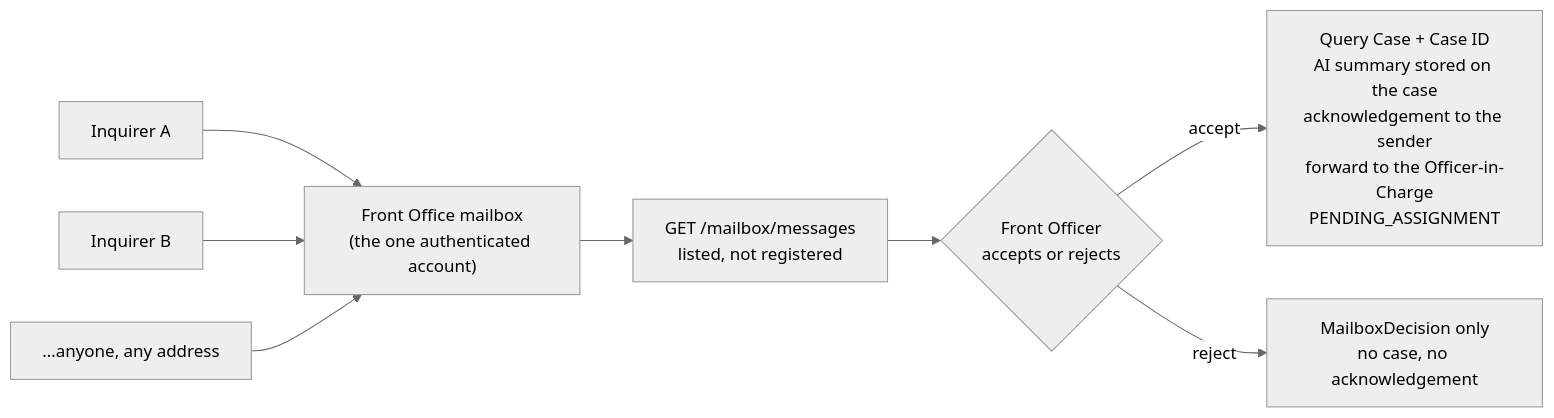
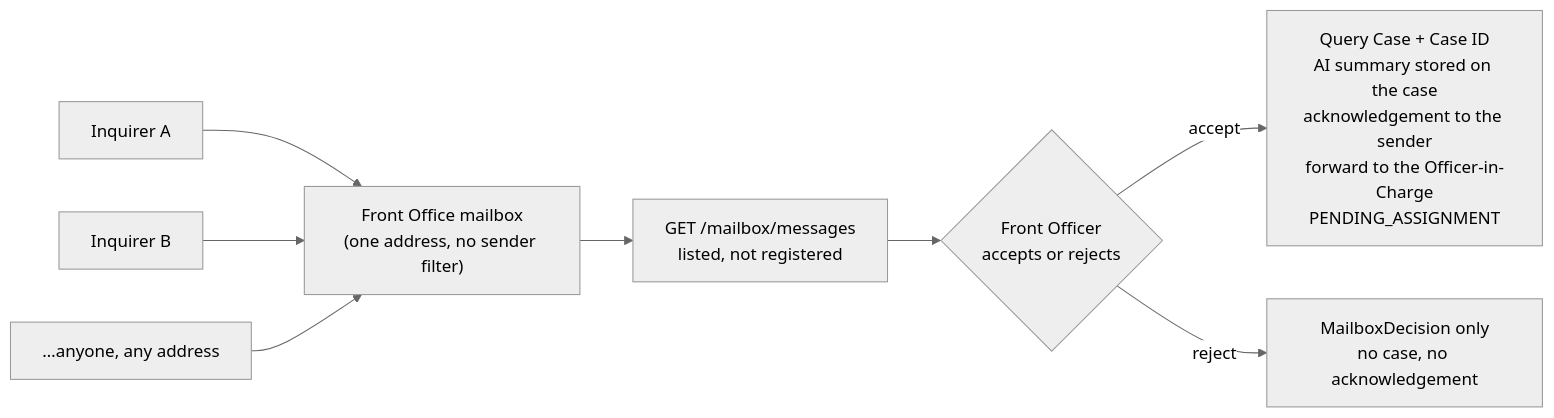
Before and after one commit to Abhinash04/ipc-qms: the second of 2 diagrams in docs/architecture/system-architecture.md, drawn with Mermaid (neutral theme). The commit also changed other lines of this file and 23 other files, not shown here.

````diff
--- a/docs/architecture/system-architecture.md
+++ b/docs/architecture/system-architecture.md
@@ -46,10 +45,10 @@
 ```mermaid
 flowchart LR
     I1["Inquirer A"] --> MB
     I2["Inquirer B"] --> MB
     I3["…anyone, any address"] --> MB
-    MB["Front Office mailbox\n(the one authenticated account)"] --> List["GET /mailbox/messages\nlisted, not registered"]
+    MB["Front Office mailbox\n(one address, no sender filter)"] --> List["GET /mailbox/messages\nlisted, not registered"]
     List --> Gate{"Front Officer\naccepts or rejects"}
     Gate -->|accept| Case["Query Case + Case ID\nAI summary stored on the case\nacknowledgement to the sender\nforward to the Officer-in-Charge\nPENDING_ASSIGNMENT"]
     Gate -->|reject| Rec["MailboxDecision only\nno case, no acknowledgement"]
 ```
````
